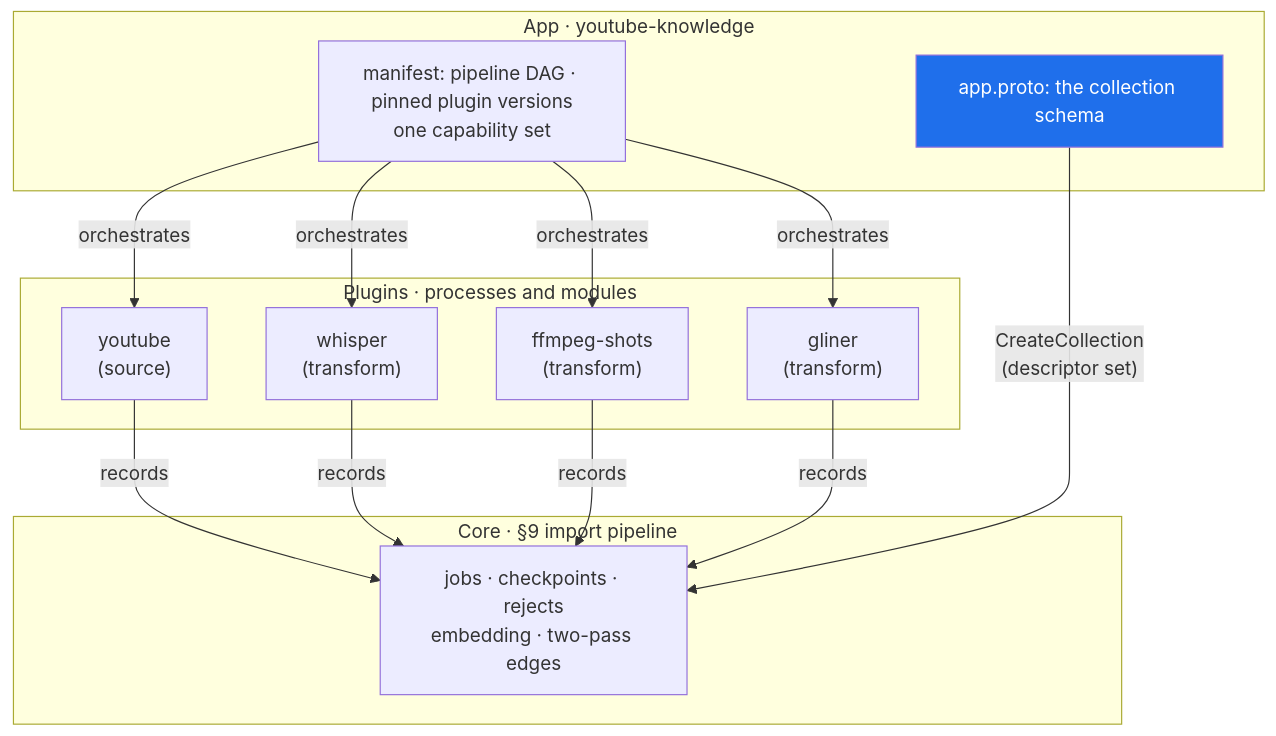
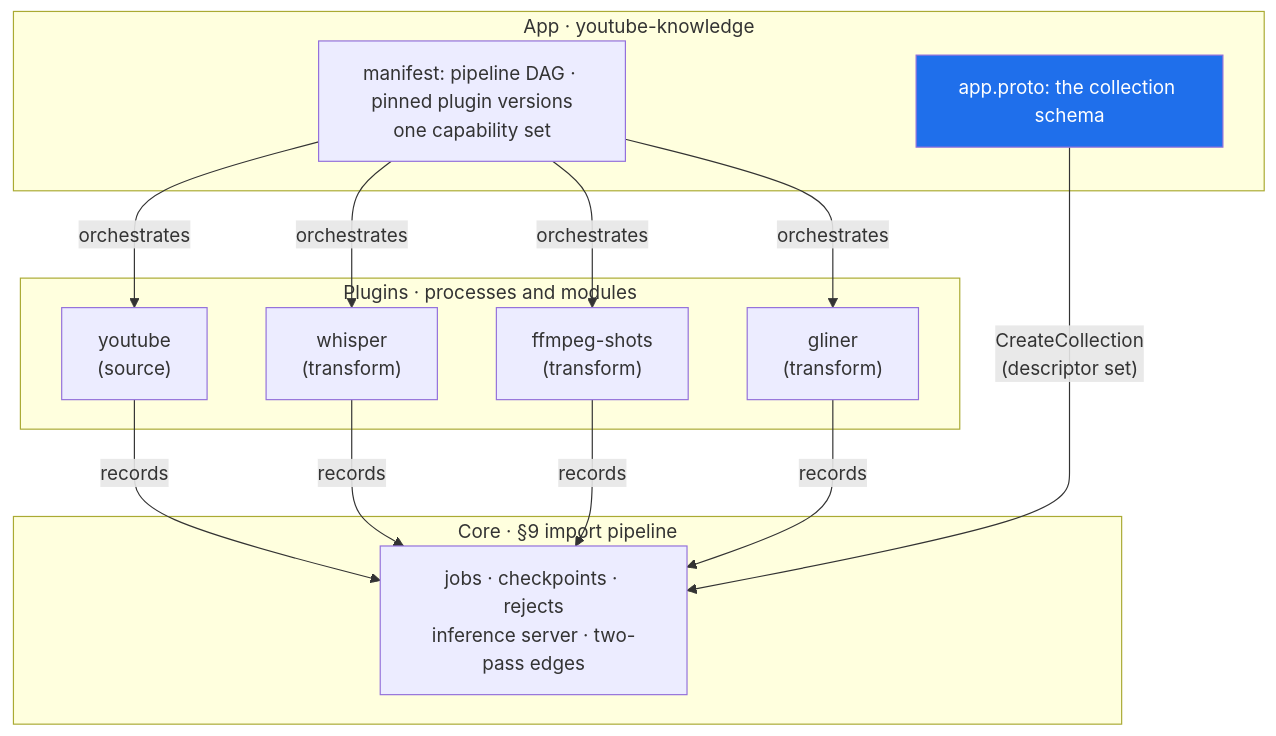
Before and after one commit to the-protobuf-project/telividb: the tenth of 11 diagrams in docs/ARCHITECTURE.md, drawn with Mermaid. The commit also changed other lines of this file and 325 other files, not shown here.

````diff
--- a/docs/ARCHITECTURE.md
+++ b/docs/ARCHITECTURE.md
@@ -1059,24 +1085,24 @@
 ```mermaid
 flowchart TB
     subgraph app["App · youtube-knowledge"]
         M["manifest: pipeline DAG · pinned plugin versions<br/>one capability set"]
         S["app.proto: the collection schema"]
     end
 
     subgraph plugins["Plugins · processes and modules"]
         PL1["youtube<br/>(source)"]
         PL2["whisper<br/>(transform)"]
         PL3["ffmpeg-shots<br/>(transform)"]
         PL4["gliner<br/>(transform)"]
     end
 
     subgraph core["Core · §9 import pipeline"]
-        K["jobs · checkpoints · rejects<br/>embedding · two-pass edges"]
+        K["jobs · checkpoints · rejects<br/>inference server · two-pass edges"]
     end
 
     M -->|"orchestrates"| PL1 & PL2 & PL3 & PL4
     PL1 & PL2 & PL3 & PL4 -->|"records"| K
     S -->|"CreateCollection<br/>(descriptor set)"| K
 
     style S fill:#1f6feb,color:#fff
 ```
````
